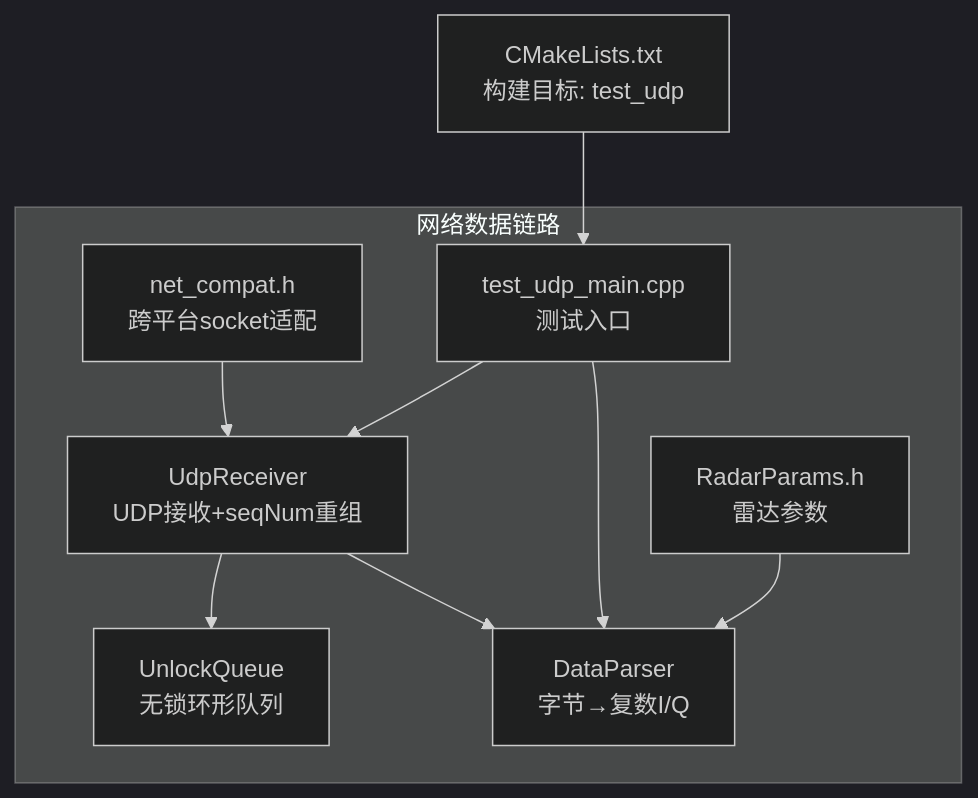
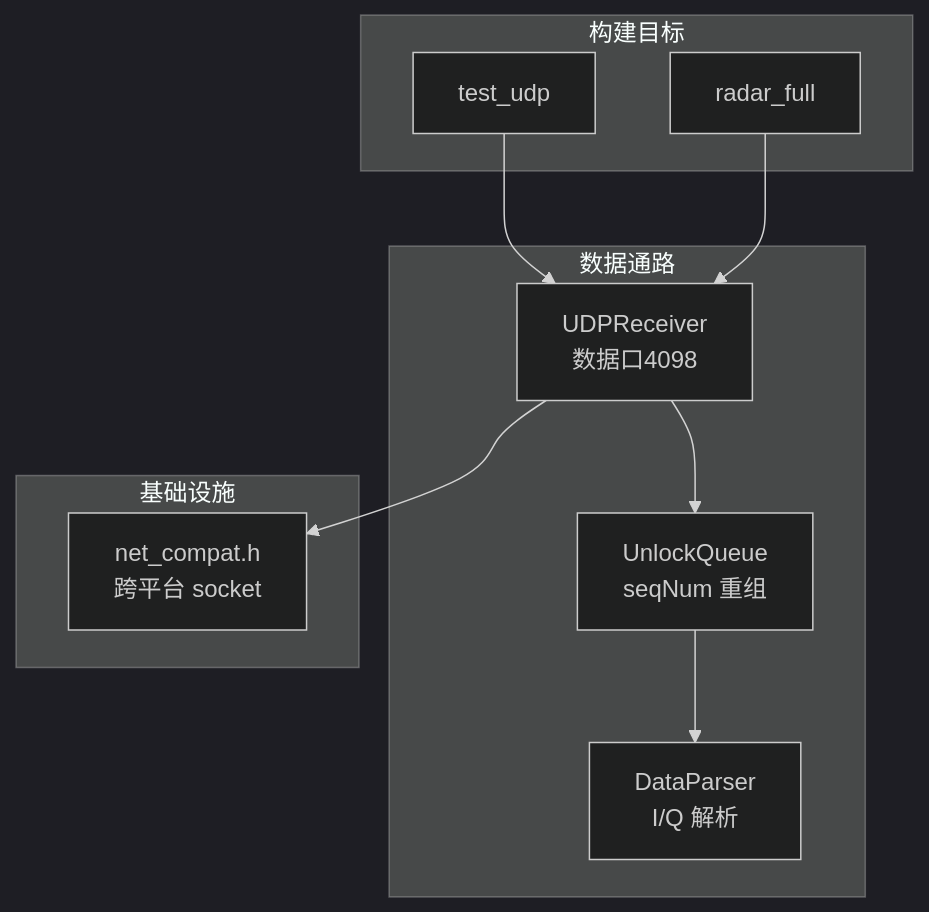
The first of 6 diagrams in .qoder/repowiki/zh/content/网络数据链路与解析/网络数据链路与解析.md (Lukad77/awr1843-radar-toolkit), drawn with Mermaid (dark theme) before and after one commit. The commit also changed other lines of this file and 106 other files, not shown here.

````diff
--- a/.qoder/repowiki/zh/content/网络数据链路与解析/网络数据链路与解析.md
+++ b/.qoder/repowiki/zh/content/网络数据链路与解析/网络数据链路与解析.md
@@ -40,12 +40,20 @@
 ```mermaid
 graph TB
-subgraph "网络数据链路"
-A["net_compat.h<br/>跨平台socket适配"] --> B["UdpReceiver<br/>UDP接收+seqNum重组"]
-B --> C["UnlockQueue<br/>无锁环形队列"]
-B --> D["DataParser<br/>字节→复数I/Q"]
-E["test_udp_main.cpp<br/>测试入口"] --> B
-E --> D
-F["RadarParams.h<br/>雷达参数"] --> D
+subgraph "构建目标"
+T["test_udp"]
+R["radar_full"]
 end
-G["CMakeLists.txt<br/>构建目标: test_udp"] --> E
+subgraph "数据通路"
+U["UDPReceiver<br/>数据口4098"]
+Q["UnlockQueue<br/>seqNum 重组"]
+P["DataParser<br/>I/Q 解析"]
+end
+subgraph "基础设施"
+N["net_compat.h<br/>跨平台 socket"]
+end
+T --> U
+R --> U
+U --> Q
+Q --> P
+U --> N
 ```
````
